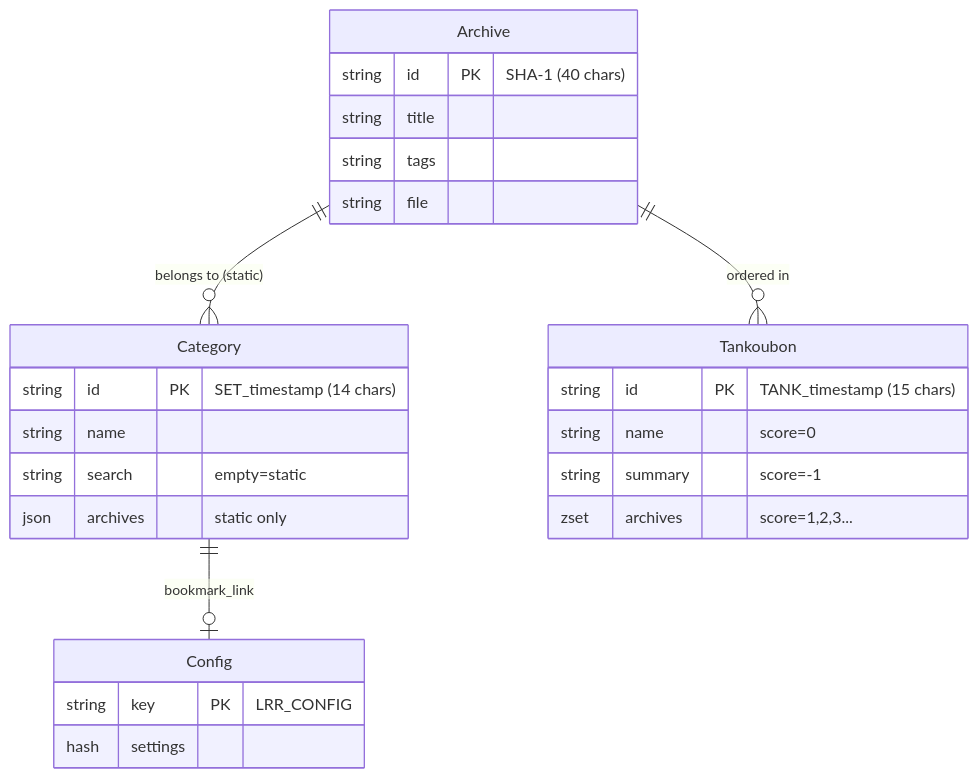
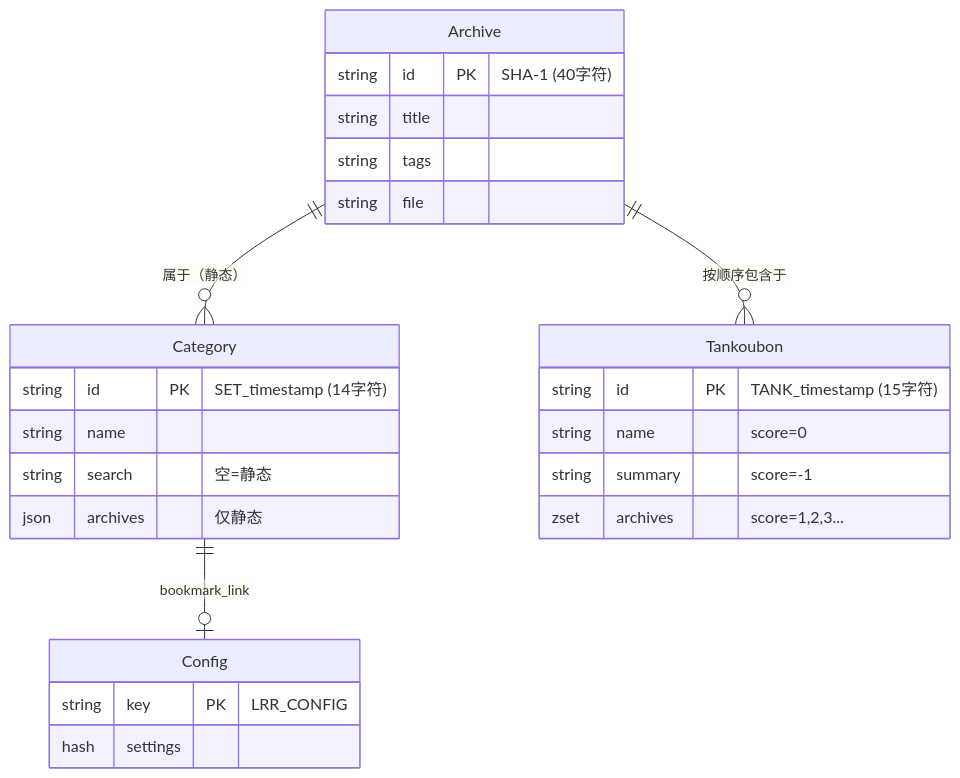
One commit to OborozukiNoYume/LANraragi changed the diagram in docs/zh-CN/01_data_layer.md. Above: the diagram before and after it, drawn with Mermaid. The commit also changed other lines of this file and 17 other files, not shown here.

````diff
--- a/docs/zh-CN/01_data_layer.md
+++ b/docs/zh-CN/01_data_layer.md
@@ -202,32 +166,32 @@
 ```mermaid
 erDiagram
-    Archive ||--o{ Category : "belongs to (static)"
-    Archive ||--o{ Tankoubon : "ordered in"
+    Archive ||--o{ Category : "属于（静态）"
+    Archive ||--o{ Tankoubon : "按顺序包含于"
     Category ||--o| Config : "bookmark_link"
     
     Archive {
-        string id PK "SHA-1 (40 chars)"
+        string id PK "SHA-1 (40字符)"
         string title
         string tags
         string file
     }
     
     Category {
-        string id PK "SET_timestamp (14 chars)"
+        string id PK "SET_timestamp (14字符)"
         string name
-        string search "empty=static"
-        json archives "static only"
+        string search "空=静态"
+        json archives "仅静态"
     }
     
     Tankoubon {
-        string id PK "TANK_timestamp (15 chars)"
+        string id PK "TANK_timestamp (15字符)"
         string name "score=0"
         string summary "score=-1"
         zset archives "score=1,2,3..."
     }
     
     Config {
         string key PK "LRR_CONFIG"
         hash settings
     }
 ```
````
